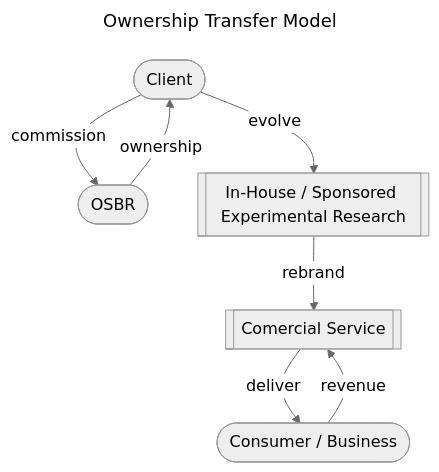
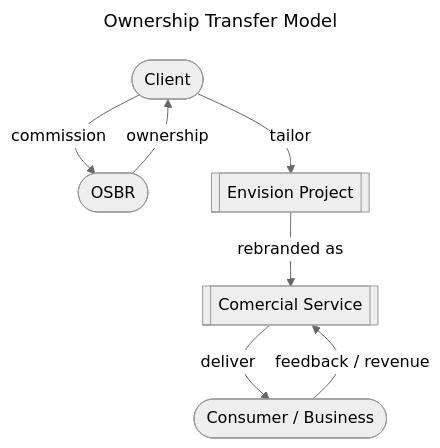
Before and after one commit to osbrjp/handbook: the fifth of 5 diagrams in doc/strategy.md, drawn with Mermaid (neutral theme). The commit also changed other lines of this file and 1 other file, not shown here.

````diff
--- a/doc/strategy.md
+++ b/doc/strategy.md
@@ -110,12 +117,12 @@
 ```mermaid
 ---
 title: Ownership Transfer Model
 ---
 graph TB;
     C([Client]) -- "commission" --> OSBR([OSBR]);
     OSBR([OSBR]) -- "ownership"  --> C
-    IHSES[[In-House / Sponsored Experimental Research]] -- "rebrand" --> CS[[Comercial Service]];
-    C -- "evolve" --> IHSES;
+    IHSES[[Envision Project]] -- "rebranded as" --> CS[[Comercial Service]];
+    C -- "tailor" --> IHSES;
     CS -- "deliver" --> CB([Consumer / Business]);
-    CB -- "revenue" --> CS;
+    CB -- "feedback / revenue" --> CS;
 ```
````
